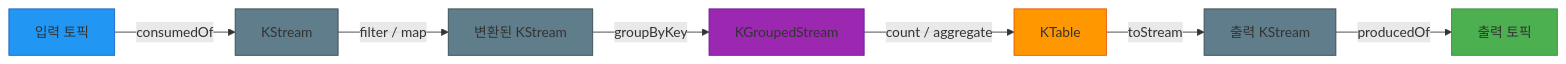
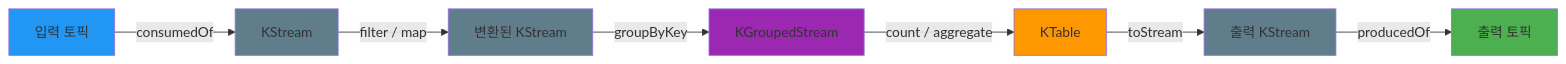
Before and after one commit to bluetape4k/bluetape4k-projects: the third of 3 diagrams in infra/kafka/README.md, drawn with Mermaid. The commit also changed other lines of this file and 94 other files, not shown here.

First line of the commit message:
docs: Mermaid classDef에서 stroke:#색상 제거 (파서 오류 수정)

````diff
--- a/infra/kafka/README.md
+++ b/infra/kafka/README.md
@@ -436,17 +436,17 @@
 ```mermaid
 flowchart LR
     IT[입력 토픽] -->|consumedOf| KS[KStream]
     KS -->|filter / map| KS2[변환된 KStream]
     KS2 -->|groupByKey| KG[KGroupedStream]
     KG -->|count / aggregate| KT[KTable]
     KT -->|toStream| OS[출력 KStream]
     OS -->|producedOf| OT[출력 토픽]
 
-    style IT fill:#2196F3,stroke:#1565C0
-    style OT fill:#4CAF50,stroke:#388E3C
-    style KT fill:#FF9800,stroke:#E65100
-    style KS fill:#607D8B,stroke:#37474F
-    style KS2 fill:#607D8B,stroke:#37474F
-    style KG fill:#9C27B0,stroke:#6A1B9A
-    style OS fill:#607D8B,stroke:#37474F
+    style IT fill:#2196F3
+    style OT fill:#4CAF50
+    style KT fill:#FF9800
+    style KS fill:#607D8B
+    style KS2 fill:#607D8B
+    style KG fill:#9C27B0
+    style OS fill:#607D8B
 ```
````
